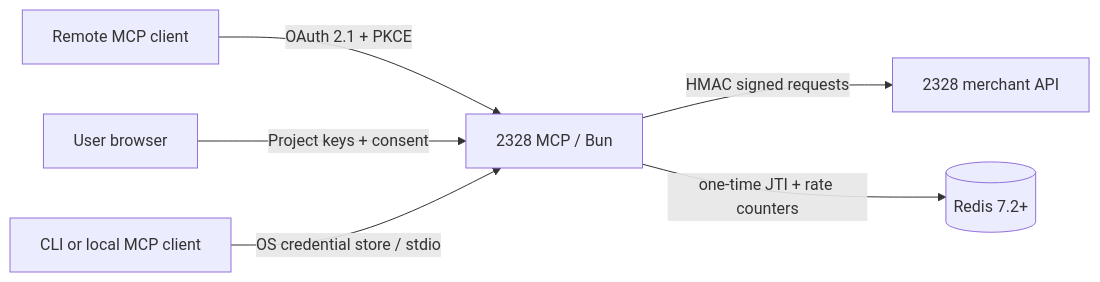
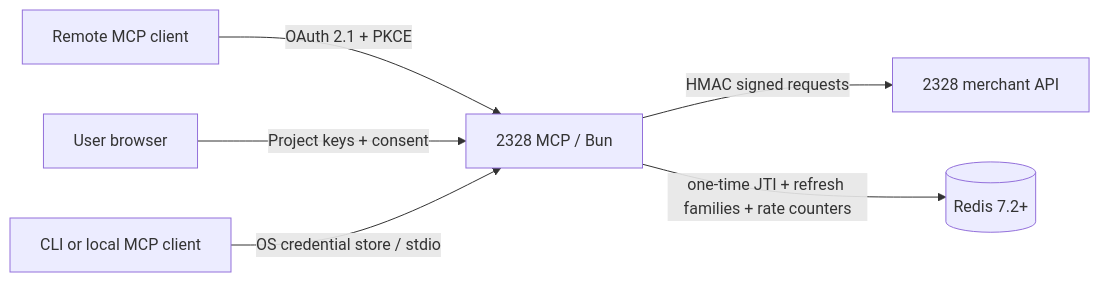
One commit to 2328io/mcp changed the diagram in docs/architecture.md. Above: the diagram before and after it, drawn with Mermaid. The commit also changed other lines of this file and 22 other files, not shown here.

````diff
--- a/docs/architecture.md
+++ b/docs/architecture.md
@@ -5,8 +5,8 @@
 ```mermaid
 flowchart LR
     Client["Remote MCP client"] -->|OAuth 2.1 + PKCE| MCP["2328 MCP / Bun"]
     Browser["User browser"] -->|Project keys + consent| MCP
     Local["CLI or local MCP client"] -->|OS credential store / stdio| MCP
     MCP -->|HMAC signed requests| API["2328 merchant API"]
-    MCP -->|one-time JTI + rate counters| Redis[(Redis 7.2+)]
+    MCP -->|one-time JTI + refresh families + rate counters| Redis[(Redis 7.2+)]
 ```
````
